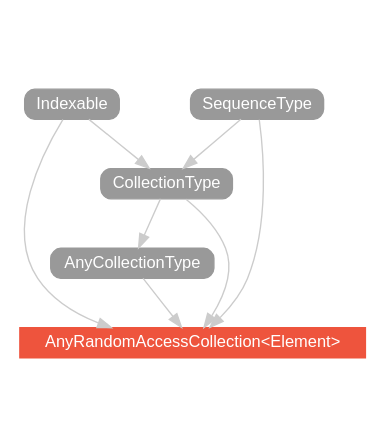
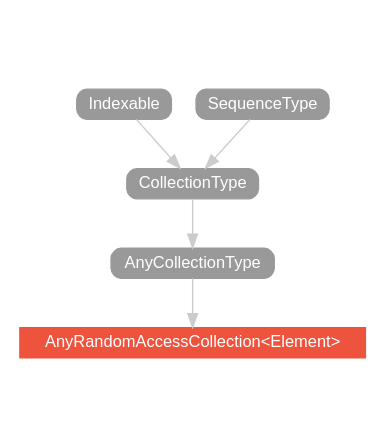
One commit to SwiftDoc/SwiftDoc.github.io changed the diagram in v2.0/type/AnyRandomAccessCollection/hierarchy/index.dot. Above: the diagram before and after it, drawn with Graphviz. The commit also changed 1932 other files, not shown here.

```diff
--- a/v2.0/type/AnyRandomAccessCollection/hierarchy/index.dot
+++ b/v2.0/type/AnyRandomAccessCollection/hierarchy/index.dot
@@ -1,21 +1,16 @@
 strict digraph "AnyRandomAccessCollection<Element> - Type Hierarchy - SwiftDoc.org" {
     pad="0.1,0.8"
     node [shape=box, style="filled,rounded", color="#999999", fillcolor="#999999", fontcolor=white, fontname=Helvetica, fontnames="Helvetica,sansserif", fontsize=12, margin="0.07,0.05", height="0.3"]
     edge [color="#cccccc"]
     "AnyCollectionType" [URL="/protocol/AnyCollectionType/"]
     "AnyRandomAccessCollection<Element>" [URL="/type/AnyRandomAccessCollection/", style="filled", fillcolor="#ee543d", color="#ee543d"]
     "CollectionType" [URL="/protocol/CollectionType/"]
     "Indexable" [URL="/protocol/Indexable/"]
     "SequenceType" [URL="/protocol/SequenceType/"]    "AnyCollectionType" -> "AnyRandomAccessCollection<Element>"
-    "CollectionType" -> "AnyRandomAccessCollection<Element>"
-    "Indexable" -> "AnyRandomAccessCollection<Element>"
-    "SequenceType" -> "AnyRandomAccessCollection<Element>"
     "CollectionType" -> "AnyCollectionType"
-    "Indexable" -> "CollectionType"
-    "SequenceType" -> "CollectionType"
     "Indexable" -> "CollectionType"
     "SequenceType" -> "CollectionType"
     subgraph Types {
         rank = max; "AnyRandomAccessCollection<Element>";
     }
 }
```
